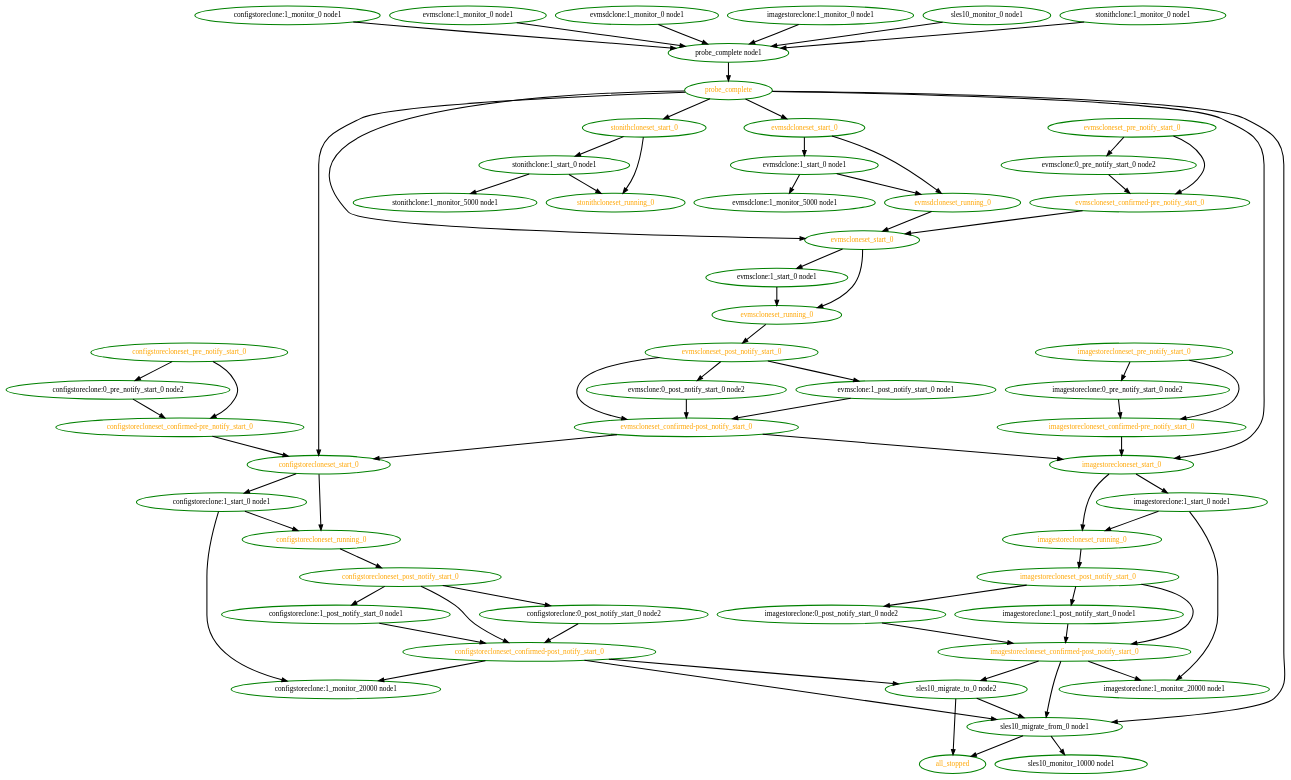
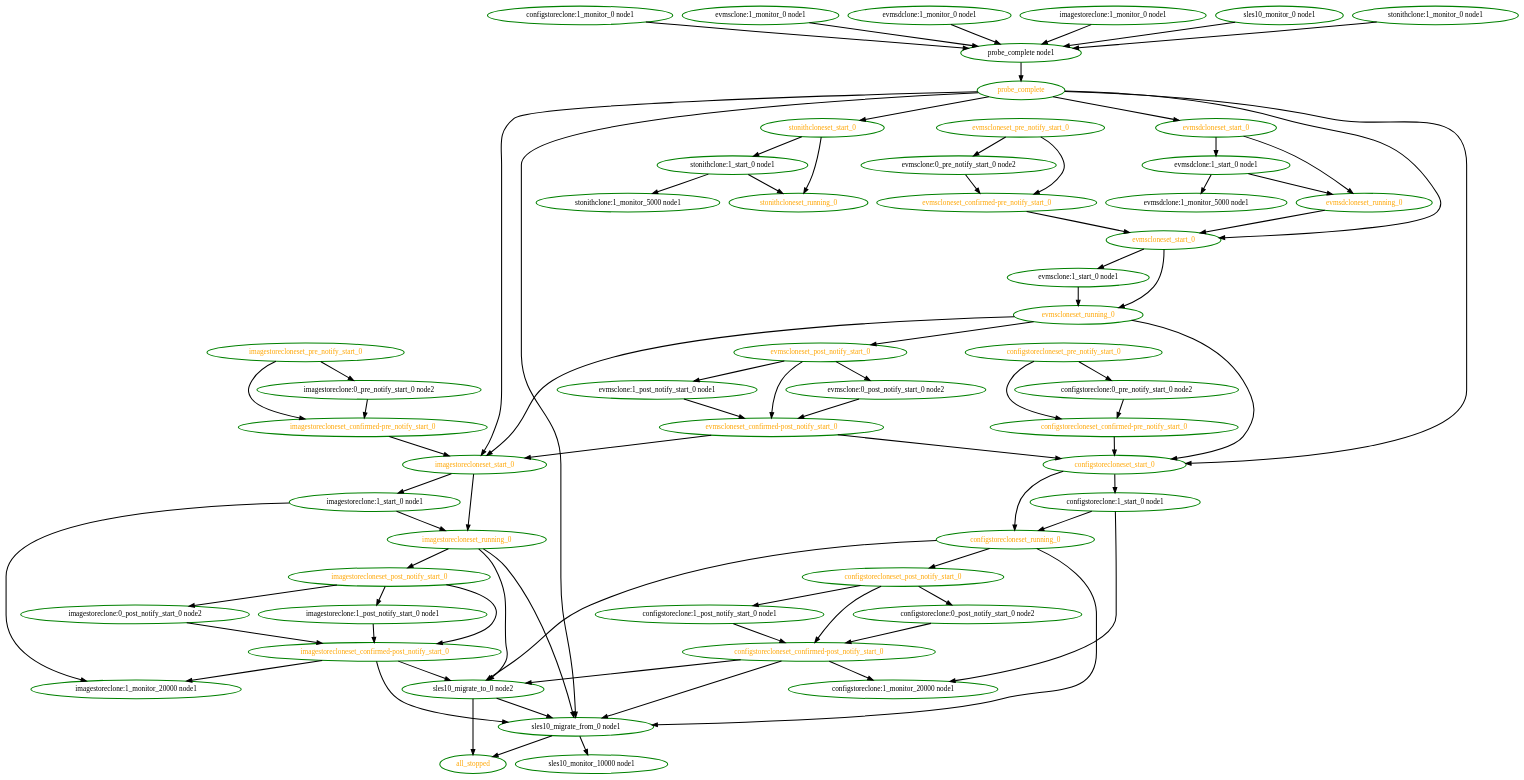
One commit to linux-ha-japan/pm_diskd changed the diagram in pengine/testcases/novell-252693-2.dot. Above: the diagram before and after it, drawn with Graphviz. The commit also changed 23 other files, not shown here.

```diff
--- a/pengine/testcases/novell-252693-2.dot
+++ b/pengine/testcases/novell-252693-2.dot
@@ -1,129 +1,135 @@
  digraph "g" {
 "all_stopped" [ style=bold color="green" fontcolor="orange"  ]
 "configstoreclone:0_post_notify_start_0 node2" -> "configstorecloneset_confirmed-post_notify_start_0" [ style = bold]
 "configstoreclone:0_post_notify_start_0 node2" [ style=bold color="green" fontcolor="black"  ]
 "configstoreclone:0_pre_notify_start_0 node2" -> "configstorecloneset_confirmed-pre_notify_start_0" [ style = bold]
 "configstoreclone:0_pre_notify_start_0 node2" [ style=bold color="green" fontcolor="black"  ]
 "configstoreclone:1_monitor_0 node1" -> "probe_complete node1" [ style = bold]
 "configstoreclone:1_monitor_0 node1" [ style=bold color="green" fontcolor="black"  ]
 "configstoreclone:1_monitor_20000 node1" [ style=bold color="green" fontcolor="black"  ]
 "configstoreclone:1_post_notify_start_0 node1" -> "configstorecloneset_confirmed-post_notify_start_0" [ style = bold]
 "configstoreclone:1_post_notify_start_0 node1" [ style=bold color="green" fontcolor="black"  ]
 "configstoreclone:1_start_0 node1" -> "configstoreclone:1_monitor_20000 node1" [ style = bold]
 "configstoreclone:1_start_0 node1" -> "configstorecloneset_running_0" [ style = bold]
 "configstoreclone:1_start_0 node1" [ style=bold color="green" fontcolor="black"  ]
 "configstorecloneset_confirmed-post_notify_start_0" -> "configstoreclone:1_monitor_20000 node1" [ style = bold]
 "configstorecloneset_confirmed-post_notify_start_0" -> "sles10_migrate_from_0 node1" [ style = bold]
 "configstorecloneset_confirmed-post_notify_start_0" -> "sles10_migrate_to_0 node2" [ style = bold]
 "configstorecloneset_confirmed-post_notify_start_0" [ style=bold color="green" fontcolor="orange"  ]
 "configstorecloneset_confirmed-pre_notify_start_0" -> "configstorecloneset_start_0" [ style = bold]
 "configstorecloneset_confirmed-pre_notify_start_0" [ style=bold color="green" fontcolor="orange"  ]
 "configstorecloneset_post_notify_start_0" -> "configstoreclone:0_post_notify_start_0 node2" [ style = bold]
 "configstorecloneset_post_notify_start_0" -> "configstoreclone:1_post_notify_start_0 node1" [ style = bold]
 "configstorecloneset_post_notify_start_0" -> "configstorecloneset_confirmed-post_notify_start_0" [ style = bold]
 "configstorecloneset_post_notify_start_0" [ style=bold color="green" fontcolor="orange"  ]
 "configstorecloneset_pre_notify_start_0" -> "configstoreclone:0_pre_notify_start_0 node2" [ style = bold]
 "configstorecloneset_pre_notify_start_0" -> "configstorecloneset_confirmed-pre_notify_start_0" [ style = bold]
 "configstorecloneset_pre_notify_start_0" [ style=bold color="green" fontcolor="orange"  ]
 "configstorecloneset_running_0" -> "configstorecloneset_post_notify_start_0" [ style = bold]
+"configstorecloneset_running_0" -> "sles10_migrate_from_0 node1" [ style = bold]
+"configstorecloneset_running_0" -> "sles10_migrate_to_0 node2" [ style = bold]
 "configstorecloneset_running_0" [ style=bold color="green" fontcolor="orange"  ]
 "configstorecloneset_start_0" -> "configstoreclone:1_start_0 node1" [ style = bold]
 "configstorecloneset_start_0" -> "configstorecloneset_running_0" [ style = bold]
 "configstorecloneset_start_0" [ style=bold color="green" fontcolor="orange"  ]
 "evmsclone:0_post_notify_start_0 node2" -> "evmscloneset_confirmed-post_notify_start_0" [ style = bold]
 "evmsclone:0_post_notify_start_0 node2" [ style=bold color="green" fontcolor="black"  ]
 "evmsclone:0_pre_notify_start_0 node2" -> "evmscloneset_confirmed-pre_notify_start_0" [ style = bold]
 "evmsclone:0_pre_notify_start_0 node2" [ style=bold color="green" fontcolor="black"  ]
 "evmsclone:1_monitor_0 node1" -> "probe_complete node1" [ style = bold]
 "evmsclone:1_monitor_0 node1" [ style=bold color="green" fontcolor="black"  ]
 "evmsclone:1_post_notify_start_0 node1" -> "evmscloneset_confirmed-post_notify_start_0" [ style = bold]
 "evmsclone:1_post_notify_start_0 node1" [ style=bold color="green" fontcolor="black"  ]
 "evmsclone:1_start_0 node1" -> "evmscloneset_running_0" [ style = bold]
 "evmsclone:1_start_0 node1" [ style=bold color="green" fontcolor="black"  ]
 "evmscloneset_confirmed-post_notify_start_0" -> "configstorecloneset_start_0" [ style = bold]
 "evmscloneset_confirmed-post_notify_start_0" -> "imagestorecloneset_start_0" [ style = bold]
 "evmscloneset_confirmed-post_notify_start_0" [ style=bold color="green" fontcolor="orange"  ]
 "evmscloneset_confirmed-pre_notify_start_0" -> "evmscloneset_start_0" [ style = bold]
 "evmscloneset_confirmed-pre_notify_start_0" [ style=bold color="green" fontcolor="orange"  ]
 "evmscloneset_post_notify_start_0" -> "evmsclone:0_post_notify_start_0 node2" [ style = bold]
 "evmscloneset_post_notify_start_0" -> "evmsclone:1_post_notify_start_0 node1" [ style = bold]
 "evmscloneset_post_notify_start_0" -> "evmscloneset_confirmed-post_notify_start_0" [ style = bold]
 "evmscloneset_post_notify_start_0" [ style=bold color="green" fontcolor="orange"  ]
 "evmscloneset_pre_notify_start_0" -> "evmsclone:0_pre_notify_start_0 node2" [ style = bold]
 "evmscloneset_pre_notify_start_0" -> "evmscloneset_confirmed-pre_notify_start_0" [ style = bold]
 "evmscloneset_pre_notify_start_0" [ style=bold color="green" fontcolor="orange"  ]
+"evmscloneset_running_0" -> "configstorecloneset_start_0" [ style = bold]
 "evmscloneset_running_0" -> "evmscloneset_post_notify_start_0" [ style = bold]
+"evmscloneset_running_0" -> "imagestorecloneset_start_0" [ style = bold]
 "evmscloneset_running_0" [ style=bold color="green" fontcolor="orange"  ]
 "evmscloneset_start_0" -> "evmsclone:1_start_0 node1" [ style = bold]
 "evmscloneset_start_0" -> "evmscloneset_running_0" [ style = bold]
 "evmscloneset_start_0" [ style=bold color="green" fontcolor="orange"  ]
 "evmsdclone:1_monitor_0 node1" -> "probe_complete node1" [ style = bold]
 "evmsdclone:1_monitor_0 node1" [ style=bold color="green" fontcolor="black"  ]
 "evmsdclone:1_monitor_5000 node1" [ style=bold color="green" fontcolor="black"  ]
 "evmsdclone:1_start_0 node1" -> "evmsdclone:1_monitor_5000 node1" [ style = bold]
 "evmsdclone:1_start_0 node1" -> "evmsdcloneset_running_0" [ style = bold]
 "evmsdclone:1_start_0 node1" [ style=bold color="green" fontcolor="black"  ]
 "evmsdcloneset_running_0" -> "evmscloneset_start_0" [ style = bold]
 "evmsdcloneset_running_0" [ style=bold color="green" fontcolor="orange"  ]
 "evmsdcloneset_start_0" -> "evmsdclone:1_start_0 node1" [ style = bold]
 "evmsdcloneset_start_0" -> "evmsdcloneset_running_0" [ style = bold]
 "evmsdcloneset_start_0" [ style=bold color="green" fontcolor="orange"  ]
 "imagestoreclone:0_post_notify_start_0 node2" -> "imagestorecloneset_confirmed-post_notify_start_0" [ style = bold]
 "imagestoreclone:0_post_notify_start_0 node2" [ style=bold color="green" fontcolor="black"  ]
 "imagestoreclone:0_pre_notify_start_0 node2" -> "imagestorecloneset_confirmed-pre_notify_start_0" [ style = bold]
 "imagestoreclone:0_pre_notify_start_0 node2" [ style=bold color="green" fontcolor="black"  ]
 "imagestoreclone:1_monitor_0 node1" -> "probe_complete node1" [ style = bold]
 "imagestoreclone:1_monitor_0 node1" [ style=bold color="green" fontcolor="black"  ]
 "imagestoreclone:1_monitor_20000 node1" [ style=bold color="green" fontcolor="black"  ]
 "imagestoreclone:1_post_notify_start_0 node1" -> "imagestorecloneset_confirmed-post_notify_start_0" [ style = bold]
 "imagestoreclone:1_post_notify_start_0 node1" [ style=bold color="green" fontcolor="black"  ]
 "imagestoreclone:1_start_0 node1" -> "imagestoreclone:1_monitor_20000 node1" [ style = bold]
 "imagestoreclone:1_start_0 node1" -> "imagestorecloneset_running_0" [ style = bold]
 "imagestoreclone:1_start_0 node1" [ style=bold color="green" fontcolor="black"  ]
 "imagestorecloneset_confirmed-post_notify_start_0" -> "imagestoreclone:1_monitor_20000 node1" [ style = bold]
 "imagestorecloneset_confirmed-post_notify_start_0" -> "sles10_migrate_from_0 node1" [ style = bold]
 "imagestorecloneset_confirmed-post_notify_start_0" -> "sles10_migrate_to_0 node2" [ style = bold]
 "imagestorecloneset_confirmed-post_notify_start_0" [ style=bold color="green" fontcolor="orange"  ]
 "imagestorecloneset_confirmed-pre_notify_start_0" -> "imagestorecloneset_start_0" [ style = bold]
 "imagestorecloneset_confirmed-pre_notify_start_0" [ style=bold color="green" fontcolor="orange"  ]
 "imagestorecloneset_post_notify_start_0" -> "imagestoreclone:0_post_notify_start_0 node2" [ style = bold]
 "imagestorecloneset_post_notify_start_0" -> "imagestoreclone:1_post_notify_start_0 node1" [ style = bold]
 "imagestorecloneset_post_notify_start_0" -> "imagestorecloneset_confirmed-post_notify_start_0" [ style = bold]
 "imagestorecloneset_post_notify_start_0" [ style=bold color="green" fontcolor="orange"  ]
 "imagestorecloneset_pre_notify_start_0" -> "imagestoreclone:0_pre_notify_start_0 node2" [ style = bold]
 "imagestorecloneset_pre_notify_start_0" -> "imagestorecloneset_confirmed-pre_notify_start_0" [ style = bold]
 "imagestorecloneset_pre_notify_start_0" [ style=bold color="green" fontcolor="orange"  ]
 "imagestorecloneset_running_0" -> "imagestorecloneset_post_notify_start_0" [ style = bold]
+"imagestorecloneset_running_0" -> "sles10_migrate_from_0 node1" [ style = bold]
+"imagestorecloneset_running_0" -> "sles10_migrate_to_0 node2" [ style = bold]
 "imagestorecloneset_running_0" [ style=bold color="green" fontcolor="orange"  ]
 "imagestorecloneset_start_0" -> "imagestoreclone:1_start_0 node1" [ style = bold]
 "imagestorecloneset_start_0" -> "imagestorecloneset_running_0" [ style = bold]
 "imagestorecloneset_start_0" [ style=bold color="green" fontcolor="orange"  ]
 "probe_complete node1" -> "probe_complete" [ style = bold]
 "probe_complete node1" [ style=bold color="green" fontcolor="black"  ]
 "probe_complete" -> "configstorecloneset_start_0" [ style = bold]
 "probe_complete" -> "evmscloneset_start_0" [ style = bold]
 "probe_complete" -> "evmsdcloneset_start_0" [ style = bold]
 "probe_complete" -> "imagestorecloneset_start_0" [ style = bold]
 "probe_complete" -> "sles10_migrate_from_0 node1" [ style = bold]
 "probe_complete" -> "stonithcloneset_start_0" [ style = bold]
 "probe_complete" [ style=bold color="green" fontcolor="orange"  ]
 "sles10_migrate_from_0 node1" -> "all_stopped" [ style = bold]
 "sles10_migrate_from_0 node1" -> "sles10_monitor_10000 node1" [ style = bold]
 "sles10_migrate_from_0 node1" [ style=bold color="green" fontcolor="black"  ]
 "sles10_migrate_to_0 node2" -> "all_stopped" [ style = bold]
 "sles10_migrate_to_0 node2" -> "sles10_migrate_from_0 node1" [ style = bold]
 "sles10_migrate_to_0 node2" [ style=bold color="green" fontcolor="black"  ]
 "sles10_monitor_0 node1" -> "probe_complete node1" [ style = bold]
 "sles10_monitor_0 node1" [ style=bold color="green" fontcolor="black"  ]
 "sles10_monitor_10000 node1" [ style=bold color="green" fontcolor="black"  ]
 "stonithclone:1_monitor_0 node1" -> "probe_complete node1" [ style = bold]
 "stonithclone:1_monitor_0 node1" [ style=bold color="green" fontcolor="black"  ]
 "stonithclone:1_monitor_5000 node1" [ style=bold color="green" fontcolor="black"  ]
 "stonithclone:1_start_0 node1" -> "stonithclone:1_monitor_5000 node1" [ style = bold]
 "stonithclone:1_start_0 node1" -> "stonithcloneset_running_0" [ style = bold]
 "stonithclone:1_start_0 node1" [ style=bold color="green" fontcolor="black"  ]
 "stonithcloneset_running_0" [ style=bold color="green" fontcolor="orange"  ]
 "stonithcloneset_start_0" -> "stonithclone:1_start_0 node1" [ style = bold]
 "stonithcloneset_start_0" -> "stonithcloneset_running_0" [ style = bold]
 "stonithcloneset_start_0" [ style=bold color="green" fontcolor="orange"  ]
 }
```
